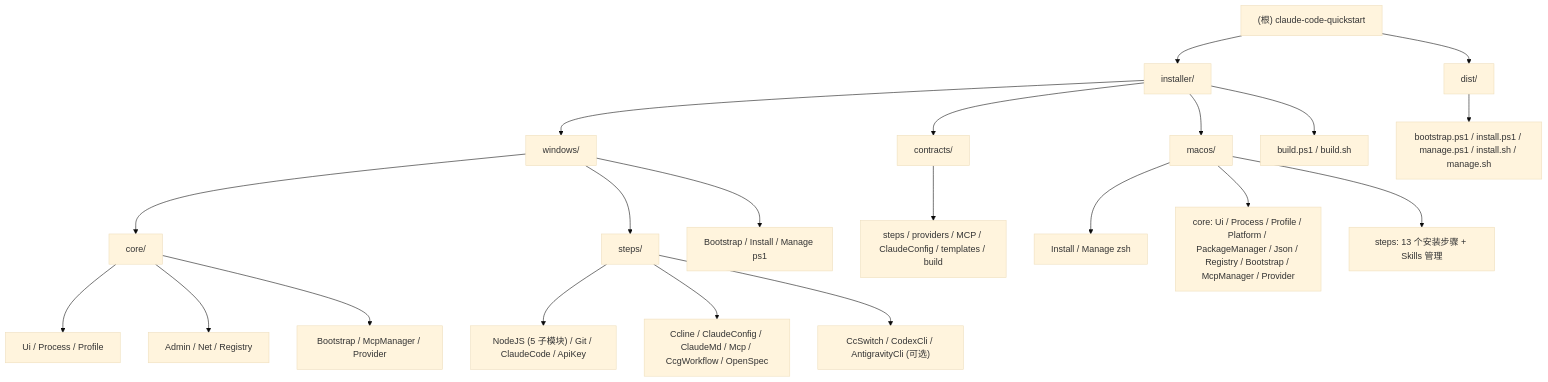
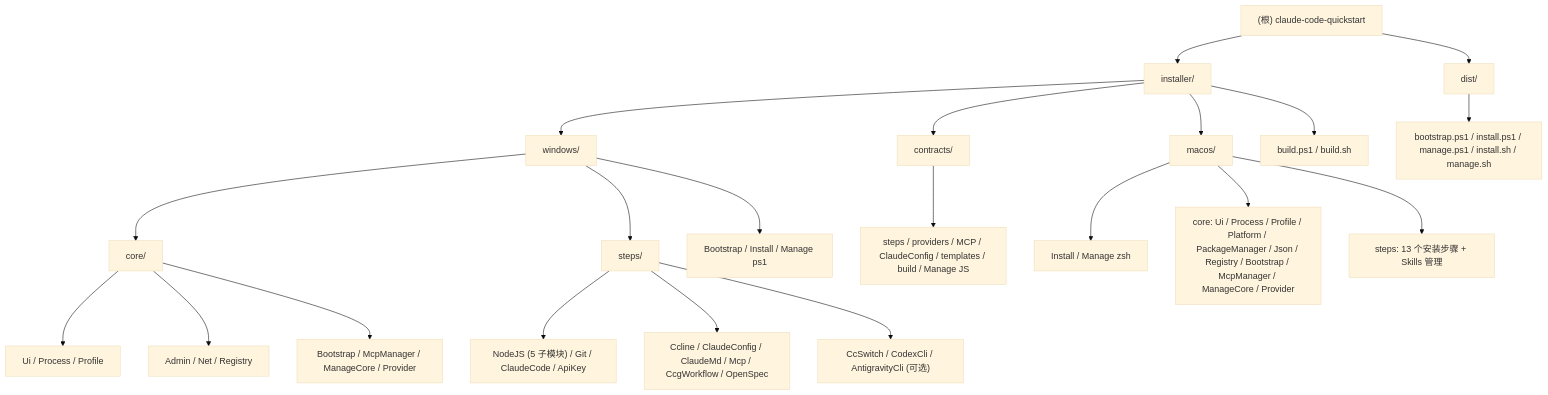
The diagram in CLAUDE.md (MrNine-666/claude-code-quickstart), drawn with Mermaid (base theme) before and after one commit. The commit also changed other lines of this file and 5 other files, not shown here.

````diff
--- a/CLAUDE.md
+++ b/CLAUDE.md
@@ -32,26 +32,26 @@
 ```mermaid
 graph TD
     A["(根) claude-code-quickstart"] --> B["installer/"]
     A --> H["dist/"]
     B --> W["windows/"]
     B --> F["contracts/"]
     B --> G["macos/"]
     B --> E["build.ps1 / build.sh"]
     W --> C["core/"]
     W --> D["steps/"]
     W --> W1["Bootstrap / Install / Manage ps1"]
     C --> C1["Ui / Process / Profile"]
     C --> C2["Admin / Net / Registry"]
-    C --> C3["Bootstrap / McpManager / Provider"]
+    C --> C3["Bootstrap / McpManager / ManageCore / Provider"]
     D --> D1["NodeJS (5 子模块) / Git / ClaudeCode / ApiKey"]
     D --> D2["Ccline / ClaudeConfig / ClaudeMd / Mcp / CcgWorkflow / OpenSpec"]
     D --> D3["CcSwitch / CodexCli / AntigravityCli (可选)"]
-    F --> F1["steps / providers / MCP / ClaudeConfig / templates / build"]
+    F --> F1["steps / providers / MCP / ClaudeConfig / templates / build / Manage JS"]
     G --> G1["Install / Manage zsh"]
-    G --> G2["core: Ui / Process / Profile / Platform / PackageManager / Json / Registry / Bootstrap / McpManager / Provider"]
+    G --> G2["core: Ui / Process / Profile / Platform / PackageManager / Json / Registry / Bootstrap / McpManager / ManageCore / Provider"]
     G --> G3["steps: 13 个安装步骤 + Skills 管理"]
     H --> H1["bootstrap.ps1 / install.ps1 / manage.ps1 / install.sh / manage.sh"]
     click C "./installer/windows/core/CLAUDE.md"
     click D "./installer/windows/steps/CLAUDE.md"
     click G "./installer/macos/README.md"
 ```
````
